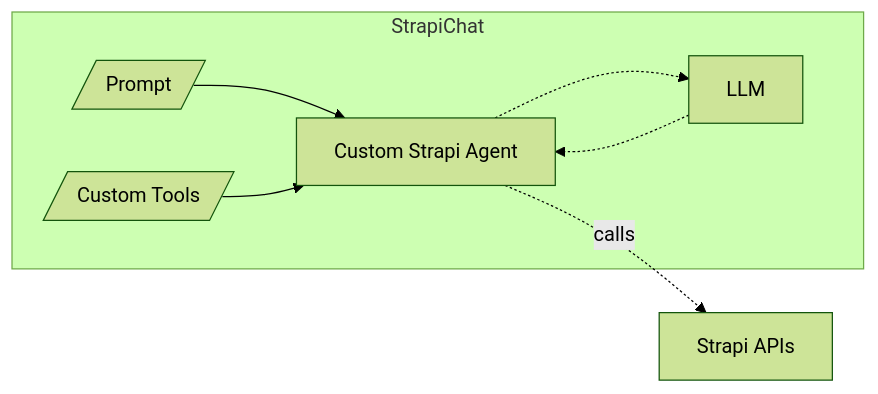
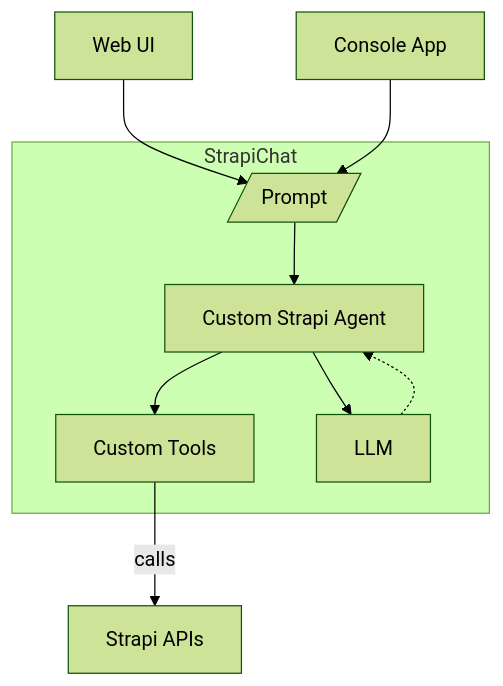
Before and after one commit to alallaqi/poc-strapi-chat: the third of 4 diagrams in README.md, drawn with Mermaid (forest theme). The commit also changed other lines of this file and 5 other files, not shown here.

````diff
--- a/README.md
+++ b/README.md
@@ -72,9 +72,11 @@
 ```mermaid
-graph LR
+graph TD
+    WU[Web UI] --> P
+    CA[Console App] --> P
     subgraph StrapiChat
       P[/Prompt/] --> LC["Custom Strapi Agent"]
-      AD[/Custom Tools/] --> LC
-      LC -.-> LLM[LLM] -.-> LC
+      LC --> CT[Custom Tools]
+      LC --> LLM[LLM] -.-> LC
     end
-    LC -.-> |calls|SA[Strapi APIs]
+    CT --> |calls|SA[Strapi APIs]
 ```
````
